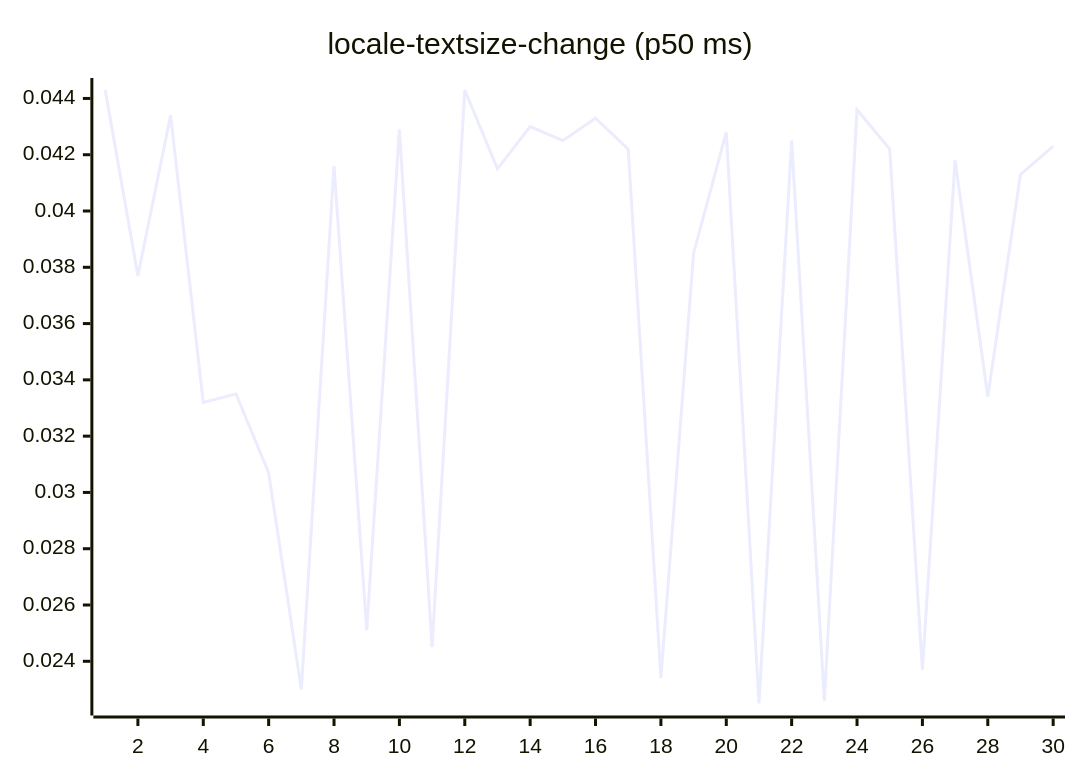
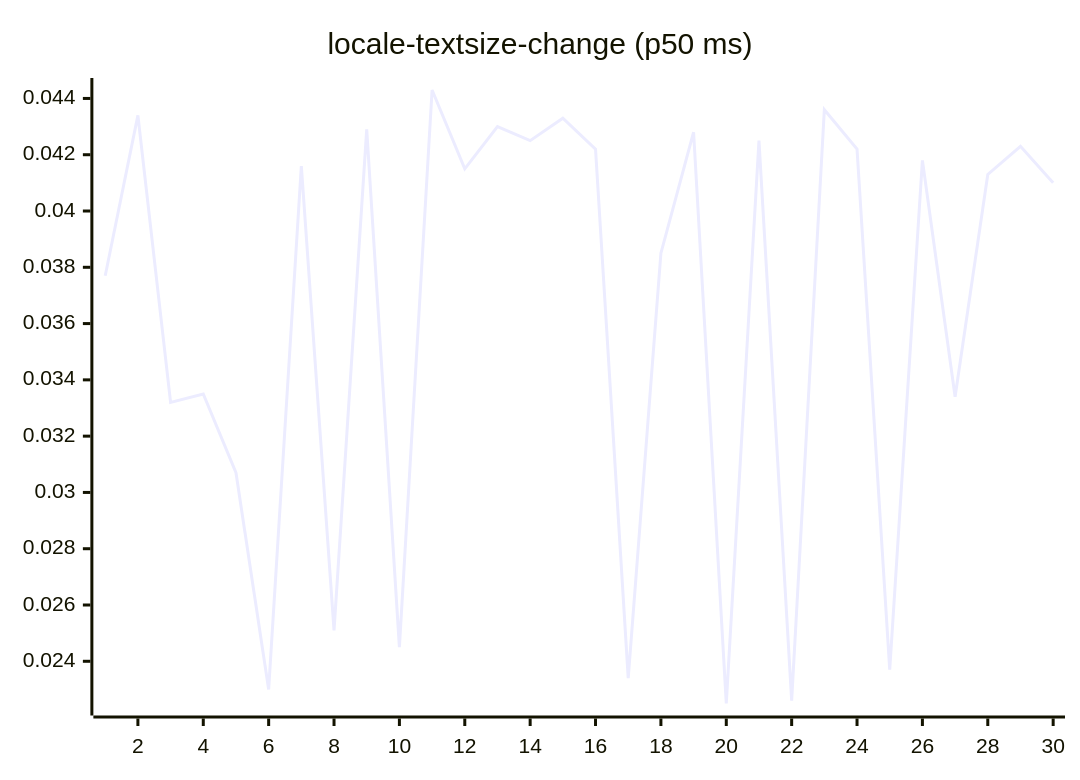
One commit to josha/Facet changed diagram 13 of 27 in README.md. Above: the diagram before and after it, drawn with Mermaid. The commit also changed other lines of this file and 2 other files, not shown here.

````diff
--- a/README.md
+++ b/README.md
@@ -147,6 +147,6 @@
 ```mermaid
 xychart-beta
     title "locale-textsize-change (p50 ms)"
     x-axis 1 --> 30
-    line [0.0443, 0.0377, 0.0434, 0.0332, 0.0335, 0.0307, 0.0230, 0.0416, 0.0251, 0.0429, 0.0245, 0.0443, 0.0415, 0.0430, 0.0425, 0.0433, 0.0422, 0.0234, 0.0385, 0.0428, 0.0225, 0.0425, 0.0226, 0.0436, 0.0422, 0.0237, 0.0418, 0.0334, 0.0413, 0.0423]
+    line [0.0377, 0.0434, 0.0332, 0.0335, 0.0307, 0.0230, 0.0416, 0.0251, 0.0429, 0.0245, 0.0443, 0.0415, 0.0430, 0.0425, 0.0433, 0.0422, 0.0234, 0.0385, 0.0428, 0.0225, 0.0425, 0.0226, 0.0436, 0.0422, 0.0237, 0.0418, 0.0334, 0.0413, 0.0423, 0.0410]
 ```
````
